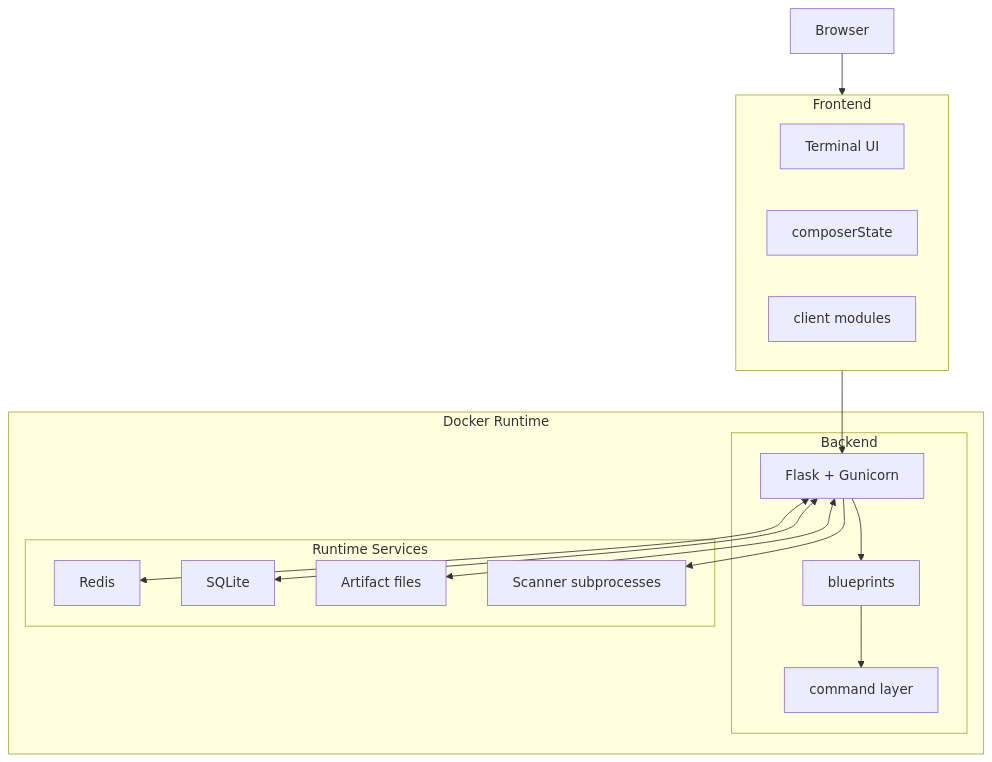
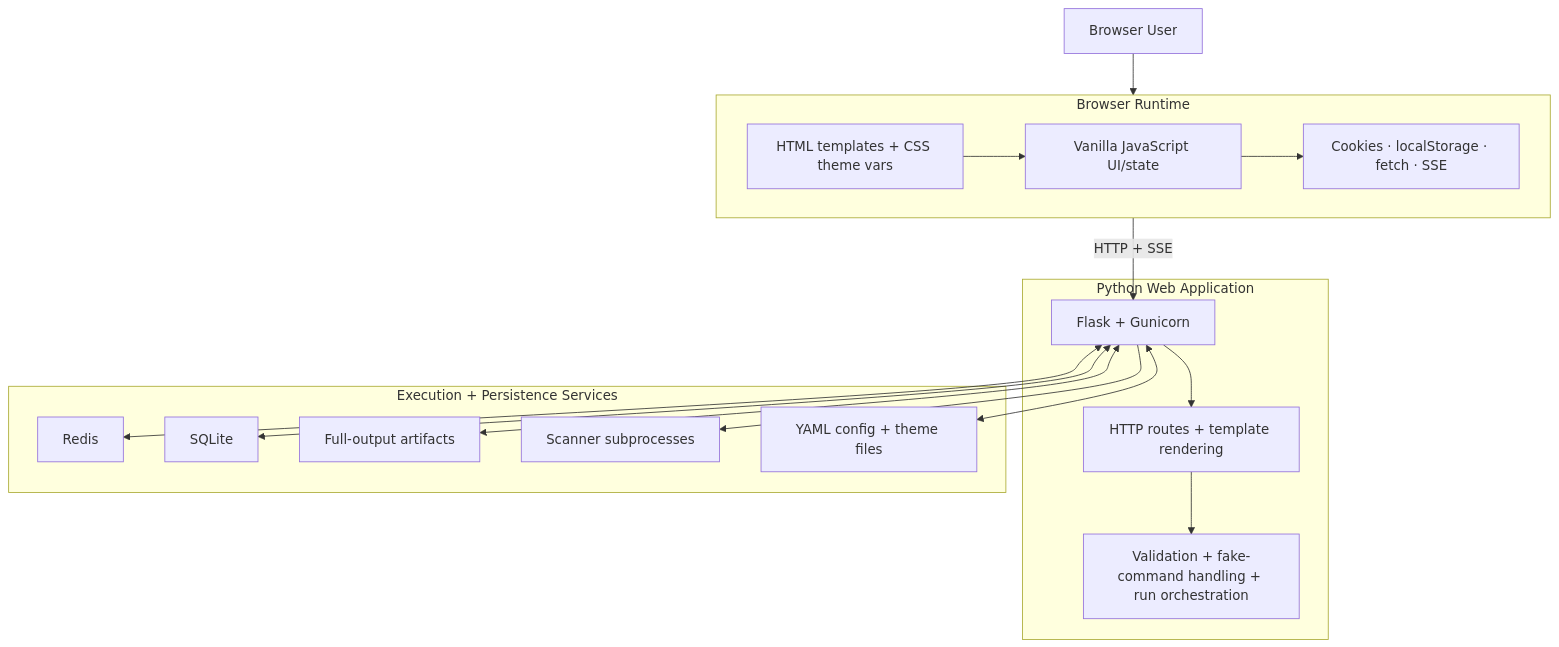
Before and after one commit to darklab-sh/darklab-shell: the first of 6 diagrams in ARCHITECTURE.md, drawn with Mermaid. The commit also changed other lines of this file and 79 other files, not shown here.

Commit message:
v1.4 polish: finalize theme system, shell UI, diagnostics, and docs/test hardening

````diff
--- a/ARCHITECTURE.md
+++ b/ARCHITECTURE.md
@@ -38,34 +38,36 @@
 ```mermaid
 flowchart TB
-  Browser["Browser"]
+  User["Browser User"]
 
-  subgraph Frontend["Frontend"]
-    ShellUI["Terminal UI"]
-    Composer["composerState"]
-    ClientModules["client modules"]
+  subgraph Client["Browser Runtime"]
+    Templates["HTML templates + CSS theme vars"]
+    JS["Vanilla JavaScript UI/state"]
+    BrowserApis["Cookies · localStorage · fetch · SSE"]
   end
 
-  subgraph Docker["Docker Runtime"]
-    subgraph Backend["Backend"]
-      Flask["Flask + Gunicorn"]
-      Content["blueprints"]
-      CommandLayer["command layer"]
-    end
-
-    subgraph Services["Runtime Services"]
-      Redis["Redis"]
-      SQLite["SQLite"]
-      Artifacts["Artifact files"]
-      Scanner["Scanner subprocesses"]
-    end
+  subgraph App["Python Web Application"]
+    Flask["Flask + Gunicorn"]
+    Routing["HTTP routes + template rendering"]
+    Orchestration["Validation + fake-command handling + run orchestration"]
   end
 
-  Browser --> Frontend
-  Frontend --> Flask
-  Flask --> Content
-  Content --> CommandLayer
+  subgraph Runtime["Execution + Persistence Services"]
+    Redis["Redis"]
+    SQLite["SQLite"]
+    Artifacts["Full-output artifacts"]
+    Subprocesses["Scanner subprocesses"]
+    Config["YAML config + theme files"]
+  end
+
+  User --> Client
+  Client -->|HTTP + SSE| Flask
+  Templates --> JS
+  JS --> BrowserApis
+  Flask --> Routing
+  Routing --> Orchestration
   Flask <--> Redis
   Flask <--> SQLite
   Flask <--> Artifacts
-  Flask --> Scanner
+  Flask --> Subprocesses
+  Flask <--> Config
 ```
````
